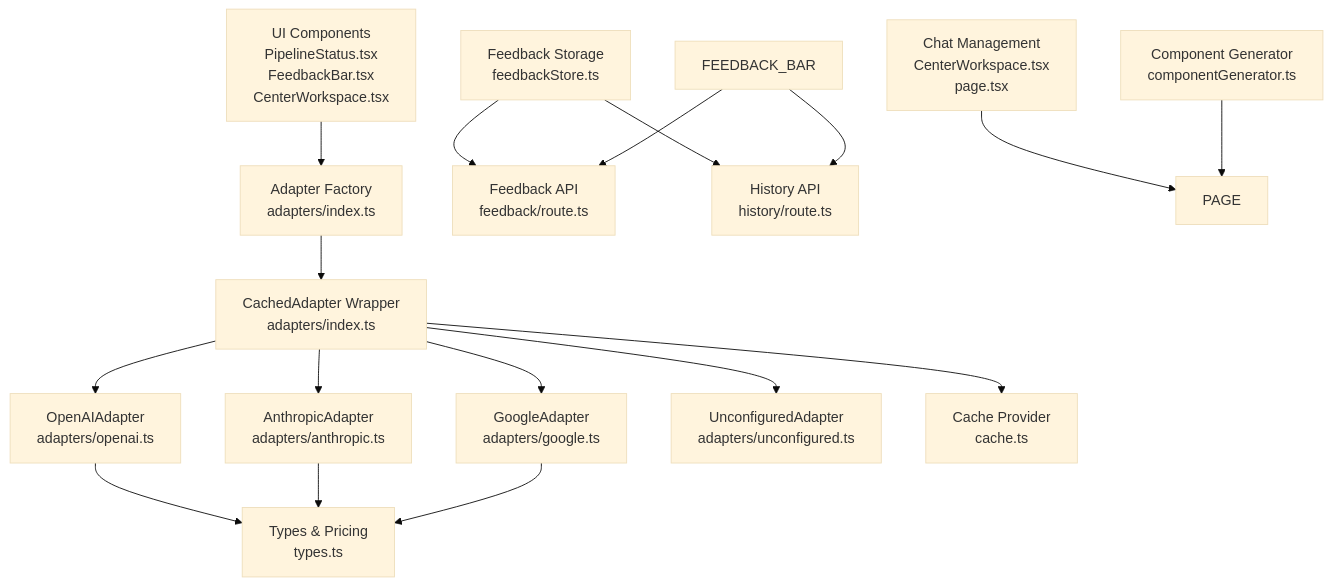
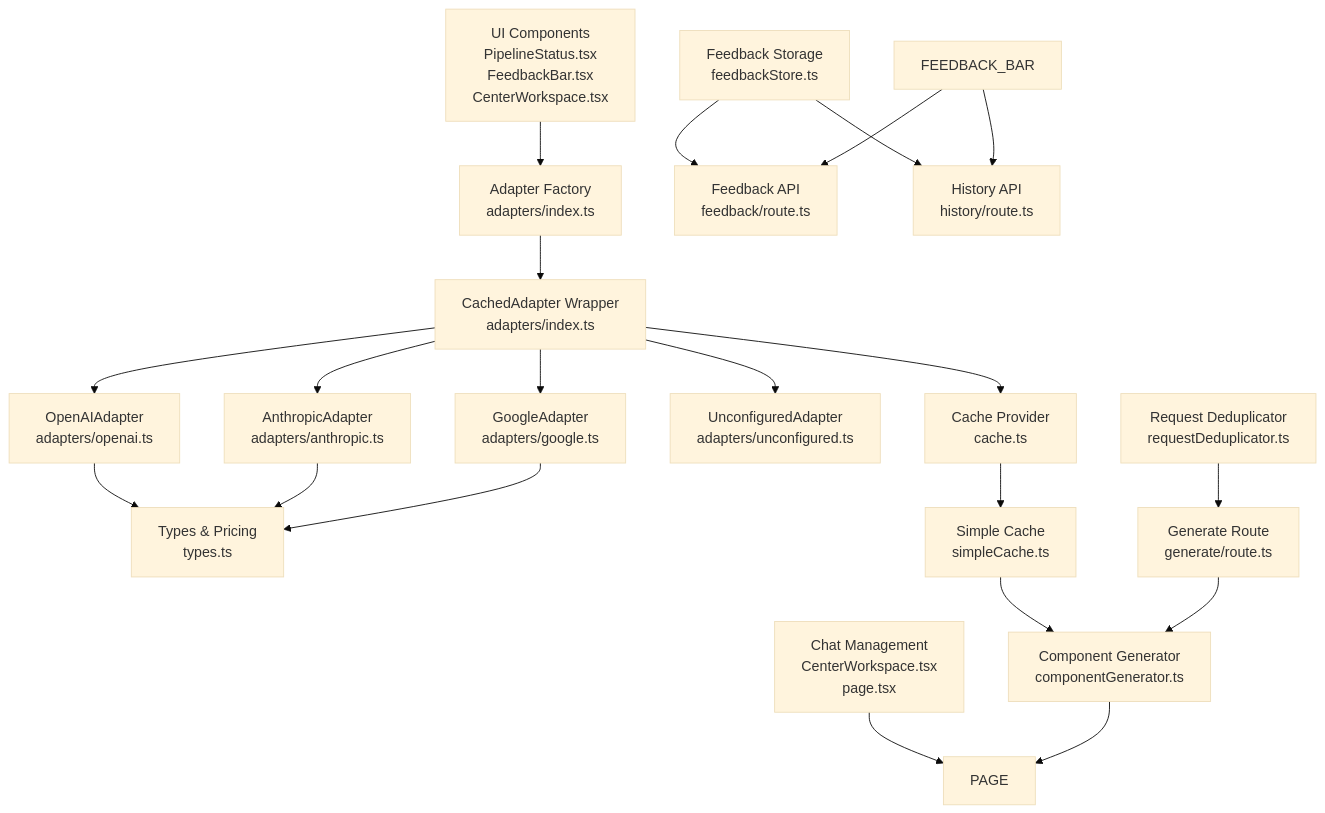
Before and after one commit to shekhargiri005-dotcom/AI-powered-accessibility-first-UI-engine: the second of 8 diagrams in .qoder/repowiki/en/content/Architecture & Design/Design Patterns/Design Patterns.md, drawn with Mermaid (base theme). The commit also changed other lines of this file and 8 other files, not shown here.

````diff
--- a/.qoder/repowiki/en/content/Architecture & Design/Design Patterns/Design Patterns.md
+++ b/.qoder/repowiki/en/content/Architecture & Design/Design Patterns/Design Patterns.md
@@ -151,33 +177,40 @@
 ```mermaid
 graph TB
 UI["UI Components<br/>PipelineStatus.tsx<br/>FeedbackBar.tsx<br/>CenterWorkspace.tsx"]
 FACTORY["Adapter Factory<br/>adapters/index.ts"]
-CACHE["CachedAdapter Wrapper<br/>adapters/index.ts"]
+CACHED["CachedAdapter Wrapper<br/>adapters/index.ts"]
 OPENAI["OpenAIAdapter<br/>adapters/openai.ts"]
 ANTH["AnthropicAdapter<br/>adapters/anthropic.ts"]
 GOOGLE["GoogleAdapter<br/>adapters/google.ts"]
 UNCONF["UnconfiguredAdapter<br/>adapters/unconfigured.ts"]
 TYPES["Types & Pricing<br/>types.ts"]
-CACHEPROV["Cache Provider<br/>cache.ts"]
+CACHE["Cache Provider<br/>cache.ts"]
+DEDUPE["Request Deduplicator<br/>requestDeduplicator.ts"]
+SIMPLE_CACHE["Simple Cache<br/>simpleCache.ts"]
 FEEDBACK_STORE["Feedback Storage<br/>feedbackStore.ts"]
 FEEDBACK_API["Feedback API<br/>feedback/route.ts"]
 HISTORY_API["History API<br/>history/route.ts"]
 CHAT["Chat Management<br/>CenterWorkspace.tsx<br/>page.tsx"]
 COMP_GEN["Component Generator<br/>componentGenerator.ts"]
+GEN_ROUTE["Generate Route<br/>generate/route.ts"]
 UI --> FACTORY
-FACTORY --> CACHE
-CACHE --> OPENAI
-CACHE --> ANTH
-CACHE --> GOOGLE
-CACHE --> UNCONF
+FACTORY --> CACHED
+CACHED --> OPENAI
+CACHED --> ANTH
+CACHED --> GOOGLE
+CACHED --> UNCONF
 OPENAI --> TYPES
 ANTH --> TYPES
 GOOGLE --> TYPES
-CACHE --> CACHEPROV
+CACHED --> CACHE
+CACHE --> SIMPLE_CACHE
+DEDUPE --> GEN_ROUTE
+SIMPLE_CACHE --> COMP_GEN
 FEEDBACK_STORE --> FEEDBACK_API
 FEEDBACK_STORE --> HISTORY_API
 FEEDBACK_BAR --> FEEDBACK_API
 FEEDBACK_BAR --> HISTORY_API
 CHAT --> PAGE
 COMP_GEN --> PAGE
+GEN_ROUTE --> COMP_GEN
 ```
````
